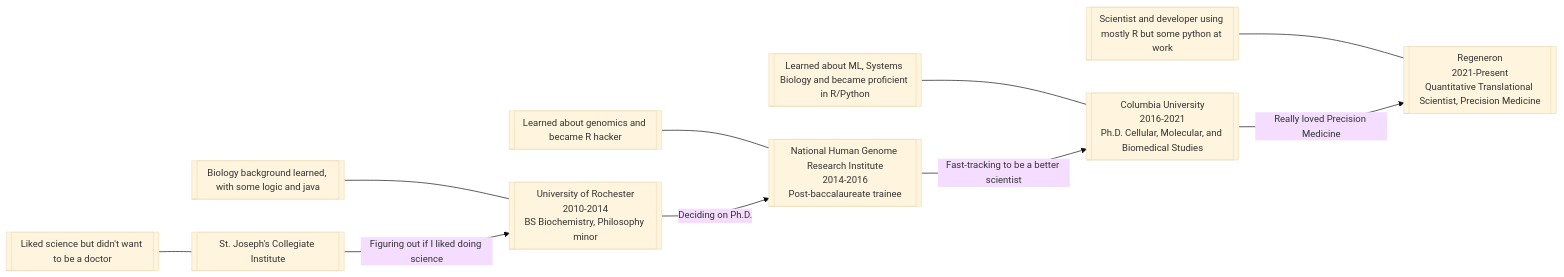
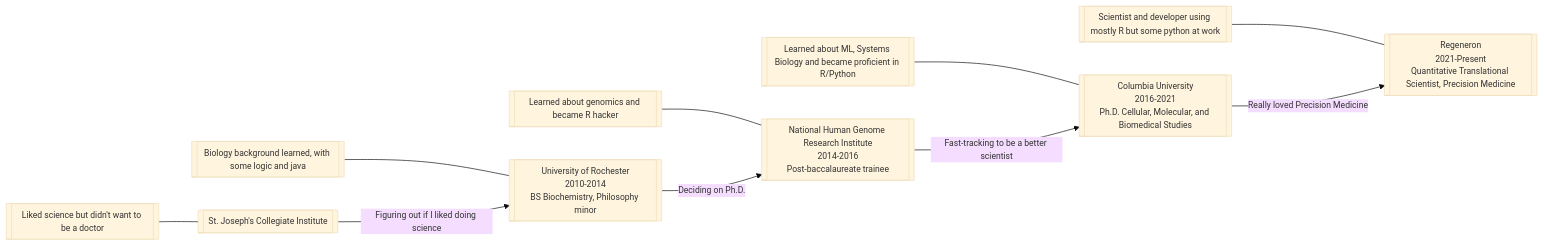
The diagram in content/about/index.qmd (ngiangre/ngiangre.github.io), drawn with Mermaid before and after one commit. The commit also changed other lines of this file and 3 other files, not shown here.

````diff
--- a/content/about/index.qmd
+++ b/content/about/index.qmd
@@ -39,20 +40,20 @@
 ```{mermaid}
 %%| label: fig-mermaid-flowchart
 %%| fig-cap: Education and experience timeline
 %%| fig-height: 20
 
-%%{init: {'theme': 'base', 'themeVariables': { 'fontSize': '90%', 'fontFamily': 'Inter'}}}%%
+%%{init: {'theme': 'base', 'sequence':{'useMaxWidth': false}, 'themeVariables': { 'fontSize': '13px', 'fontFamily': 'Inter'}}}%%
 
 flowchart LR
   HSCoding[[Liked science but didn't want to be a doctor]] --- HS
   CollegeCoding[[Biology background learned, with some logic and java]] --- College
   PostbacCoding[[Learned about genomics and became R hacker]] --- Postbac
   PhdCoding[[Learned about ML, Systems Biology and became proficient in R/Python]] --- Phd
   JobCoding[[Scientist and developer using mostly R but some python at work]] --- Job
 
   HS[[St. Joseph's Collegiate Institute]] -- Figuring out if I liked doing science --> College[[University of Rochester<br>2010-2014<br>BS Biochemistry, Philosophy minor]]
   College -- Deciding on Ph.D. --> Postbac[[National Human Genome Research Institute<br>2014-2016<br>Post-baccalaureate trainee]]
   Postbac -- Fast-tracking to be a better scientist --> Phd[[Columbia University<br>2016-2021<br>Ph.D. Cellular, Molecular, and Biomedical Studies]]
   Phd -- Really loved Precision Medicine -->  Job[[Regeneron<br>2021-Present<br>Quantitative Translational Scientist, Precision Medicine]]
  
 ```
````
